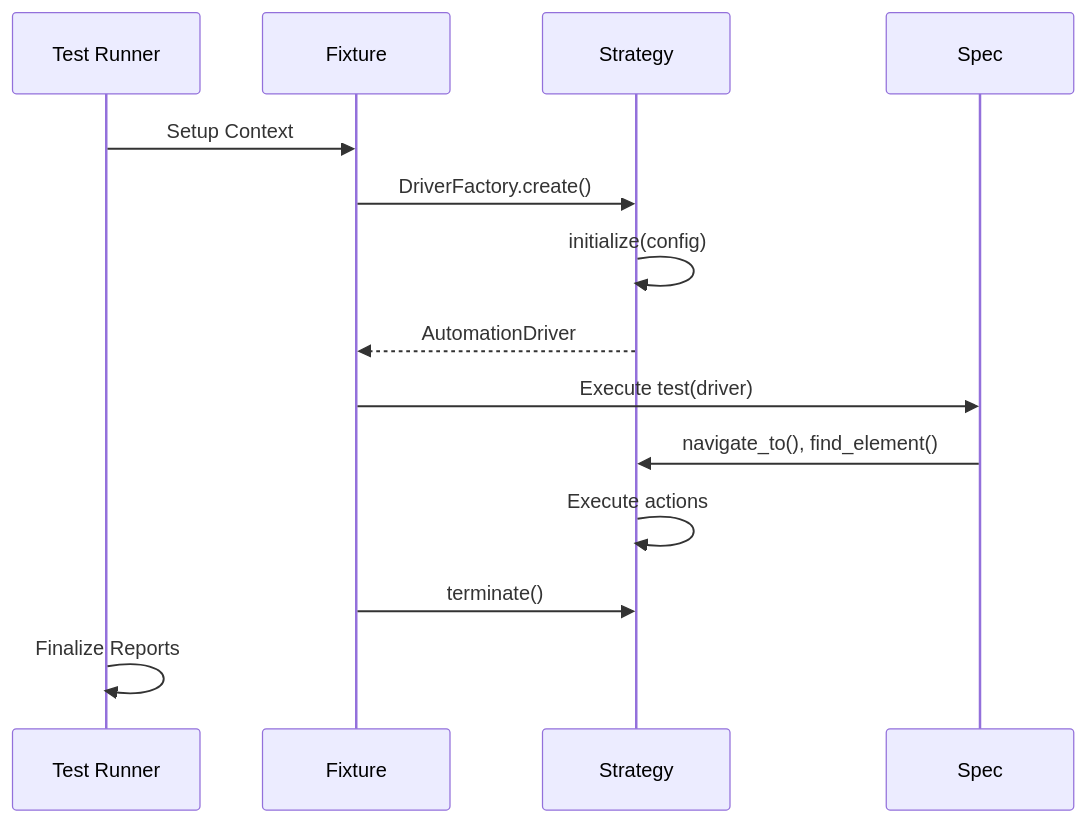
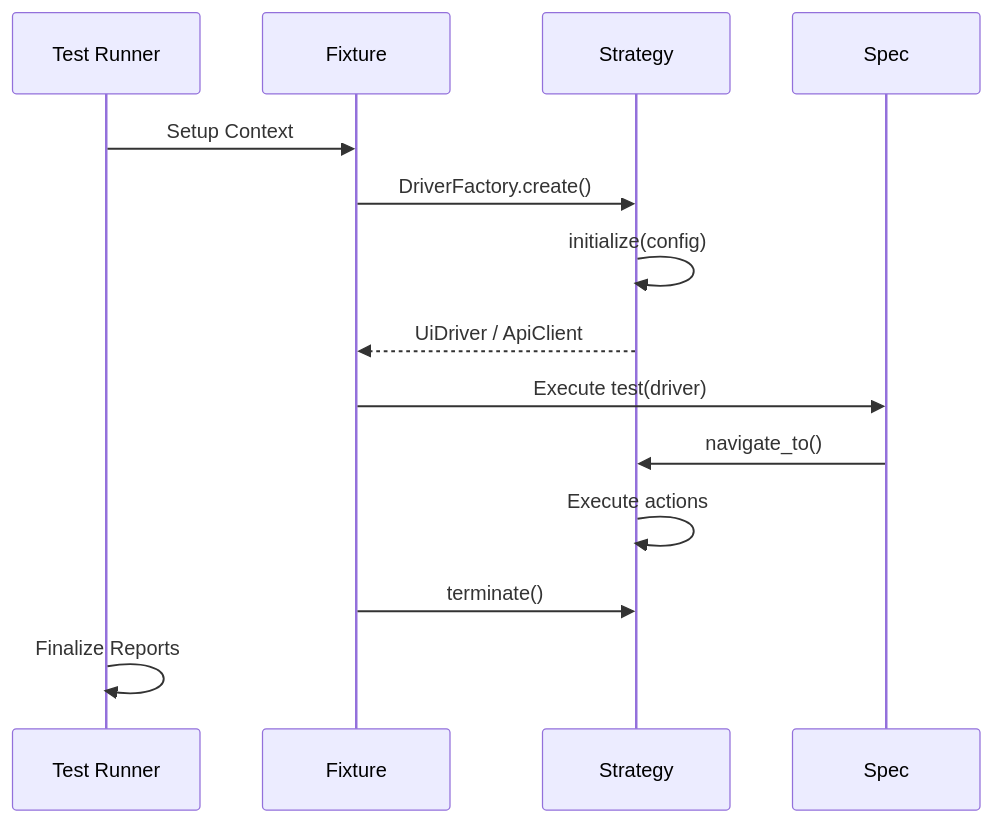
Before and after one commit to vinipx/TAFLEX-PY: the fourth of 4 diagrams in docs/docs/architecture/overview.md, drawn with Mermaid. The commit also changed other lines of this file and 35 other files, not shown here.

````diff
--- a/docs/docs/architecture/overview.md
+++ b/docs/docs/architecture/overview.md
@@ -177,19 +181,19 @@
 ```mermaid
 sequenceDiagram
     participant Suite as Test Runner
     participant FIX as Fixture
     participant Driver as Strategy
     participant Test as Spec
 
     Suite->>FIX: Setup Context
     FIX->>Driver: DriverFactory.create()
     Driver->>Driver: initialize(config)
-    Driver-->>FIX: AutomationDriver
+    Driver-->>FIX: UiDriver / ApiClient
 
     FIX->>Test: Execute test(driver)
-    Test->>Driver: navigate_to(), find_element()
+    Test->>Driver: navigate_to()
     Driver->>Driver: Execute actions
 
     FIX->>Driver: terminate()
     Suite->>Suite: Finalize Reports
 ```
````
